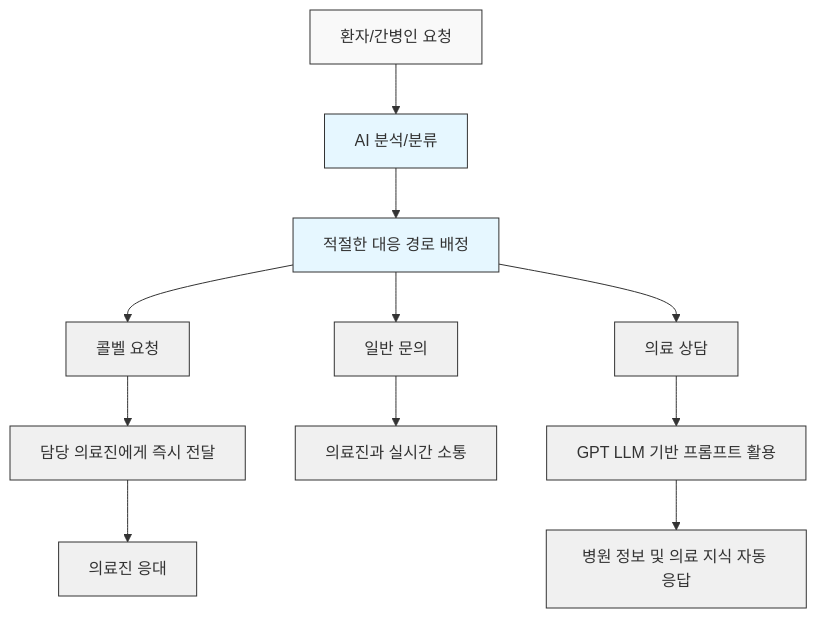
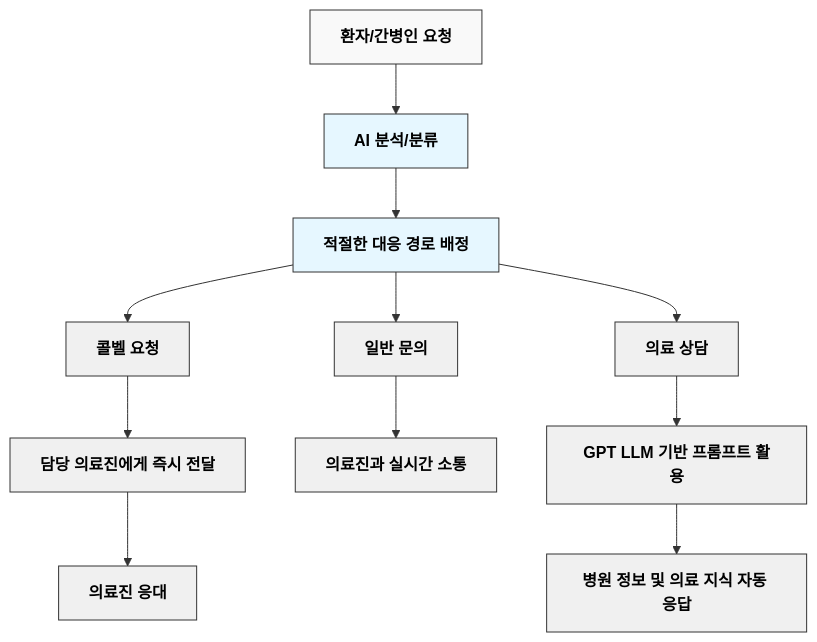
One commit to yaho1231/Carebridge-backend changed the diagram in README.md. Above: the diagram before and after it, drawn with Mermaid. The commit also changed other lines of this file and 2 other files, not shown here.

````diff
--- a/README.md
+++ b/README.md
@@ -71,25 +71,25 @@
 ```mermaid
 graph TD
     A[환자/간병인 요청] --> B[AI 분석/분류]
     B --> C[적절한 대응 경로 배정]
     C --> D[콜벨 요청]
     C --> E[일반 문의]
     C --> F[의료 상담]
     D --> G[담당 의료진에게 즉시 전달]
     G --> H[의료진 응대]
     E --> I[의료진과 실시간 소통]
     F --> J[GPT LLM 기반 프롬프트 활용]
     J --> K[병원 정보 및 의료 지식 자동 응답]
 
-    style A fill:#f9f9f9,stroke:#333,stroke-width:1px
-    style B fill:#e6f7ff,stroke:#333,stroke-width:1px
-    style C fill:#e6f7ff,stroke:#333,stroke-width:1px
-    style D fill:#f0f0f0,stroke:#333,stroke-width:1px
-    style E fill:#f0f0f0,stroke:#333,stroke-width:1px
-    style F fill:#f0f0f0,stroke:#333,stroke-width:1px
-    style G fill:#f0f0f0,stroke:#333,stroke-width:1px
-    style H fill:#f0f0f0,stroke:#333,stroke-width:1px
-    style I fill:#f0f0f0,stroke:#333,stroke-width:1px
-    style J fill:#f0f0f0,stroke:#333,stroke-width:1px
-    style K fill:#f0f0f0,stroke:#333,stroke-width:1px
+    style A fill:#f9f9f9,stroke:#333,stroke-width:1px,color:#000000,font-weight:bold
+    style B fill:#e6f7ff,stroke:#333,stroke-width:1px,color:#000000,font-weight:bold
+    style C fill:#e6f7ff,stroke:#333,stroke-width:1px,color:#000000,font-weight:bold
+    style D fill:#f0f0f0,stroke:#333,stroke-width:1px,color:#000000,font-weight:bold
+    style E fill:#f0f0f0,stroke:#333,stroke-width:1px,color:#000000,font-weight:bold
+    style F fill:#f0f0f0,stroke:#333,stroke-width:1px,color:#000000,font-weight:bold
+    style G fill:#f0f0f0,stroke:#333,stroke-width:1px,color:#000000,font-weight:bold
+    style H fill:#f0f0f0,stroke:#333,stroke-width:1px,color:#000000,font-weight:bold
+    style I fill:#f0f0f0,stroke:#333,stroke-width:1px,color:#000000,font-weight:bold
+    style J fill:#f0f0f0,stroke:#333,stroke-width:1px,color:#000000,font-weight:bold
+    style K fill:#f0f0f0,stroke:#333,stroke-width:1px,color:#000000,font-weight:bold
 ```
````
